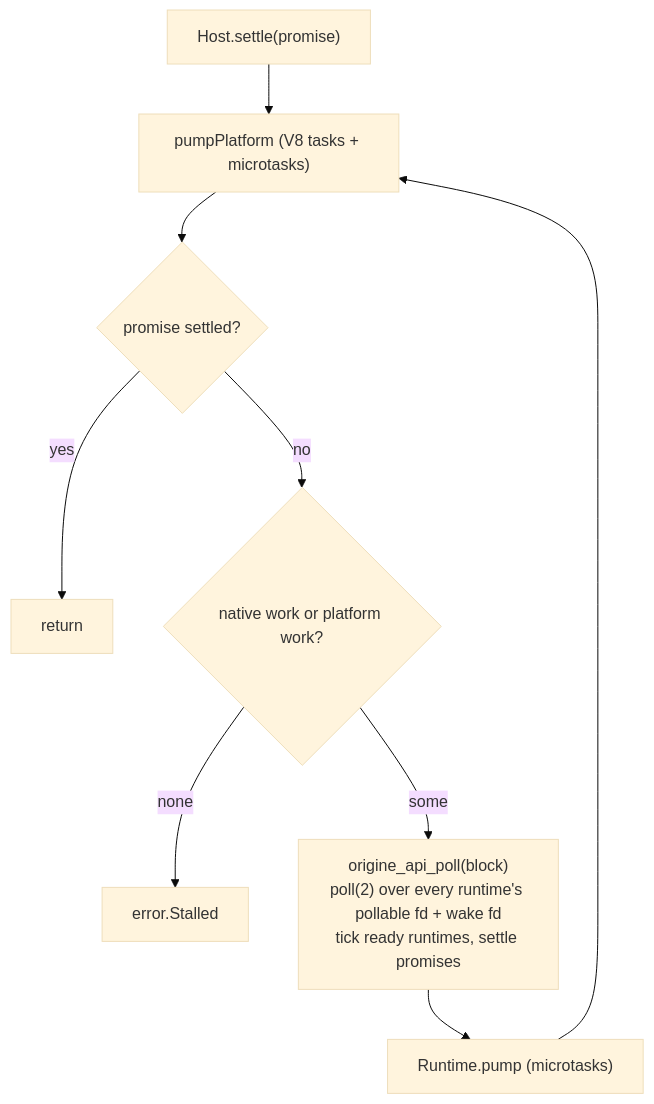
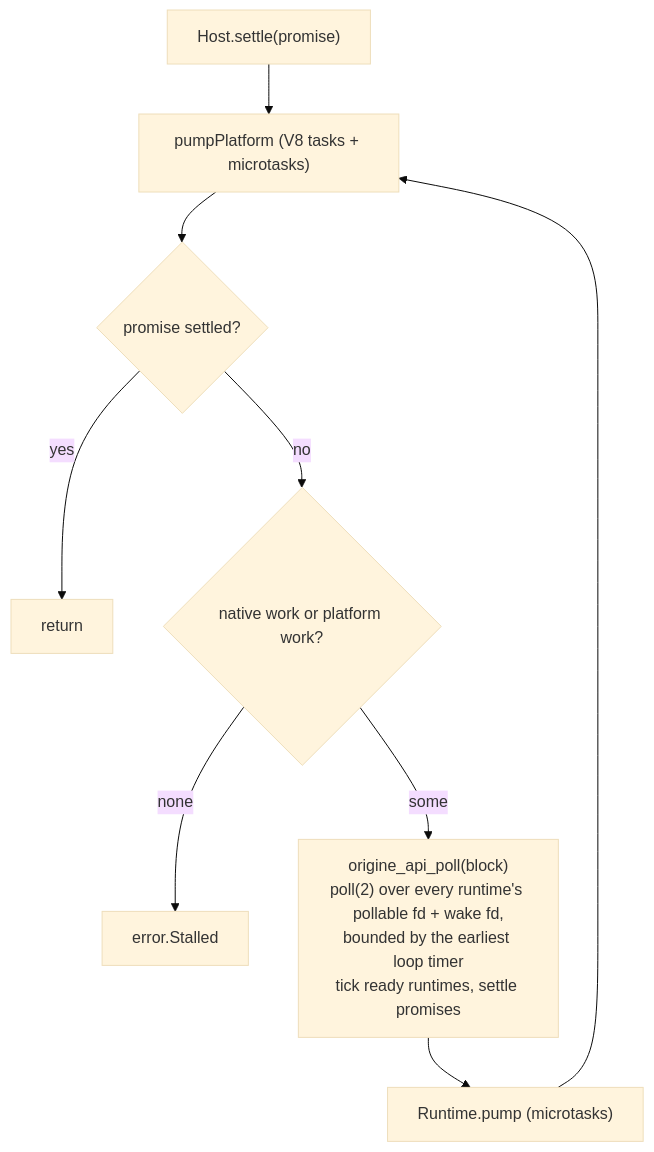
The sixth of 6 diagrams in src/io/docs/event-loop.md (origine-js/origine), drawn with Mermaid (base theme) before and after one commit. The commit also changed other lines of this file and 20 other files, not shown here.

First line of the commit message:
fix(io): the host wakes at the earliest loop timer

````diff
--- a/src/io/docs/event-loop.md
+++ b/src/io/docs/event-loop.md
@@ -126,11 +126,11 @@
 ```mermaid
 flowchart TD
     S["Host.settle(promise)"] --> PP["pumpPlatform (V8 tasks + microtasks)"]
     PP --> ST{"promise settled?"}
     ST -->|yes| DONE["return"]
     ST -->|no| W{"native work or platform work?"}
     W -->|none| STALL["error.Stalled"]
-    W -->|some| POLL["origine_api_poll(block)<br/>poll(2) over every runtime's pollable fd + wake fd<br/>tick ready runtimes, settle promises"]
+    W -->|some| POLL["origine_api_poll(block)<br/>poll(2) over every runtime's pollable fd + wake fd,<br/>bounded by the earliest loop timer<br/>tick ready runtimes, settle promises"]
     POLL --> PUMP["Runtime.pump (microtasks)"]
     PUMP --> PP
 ```
````
